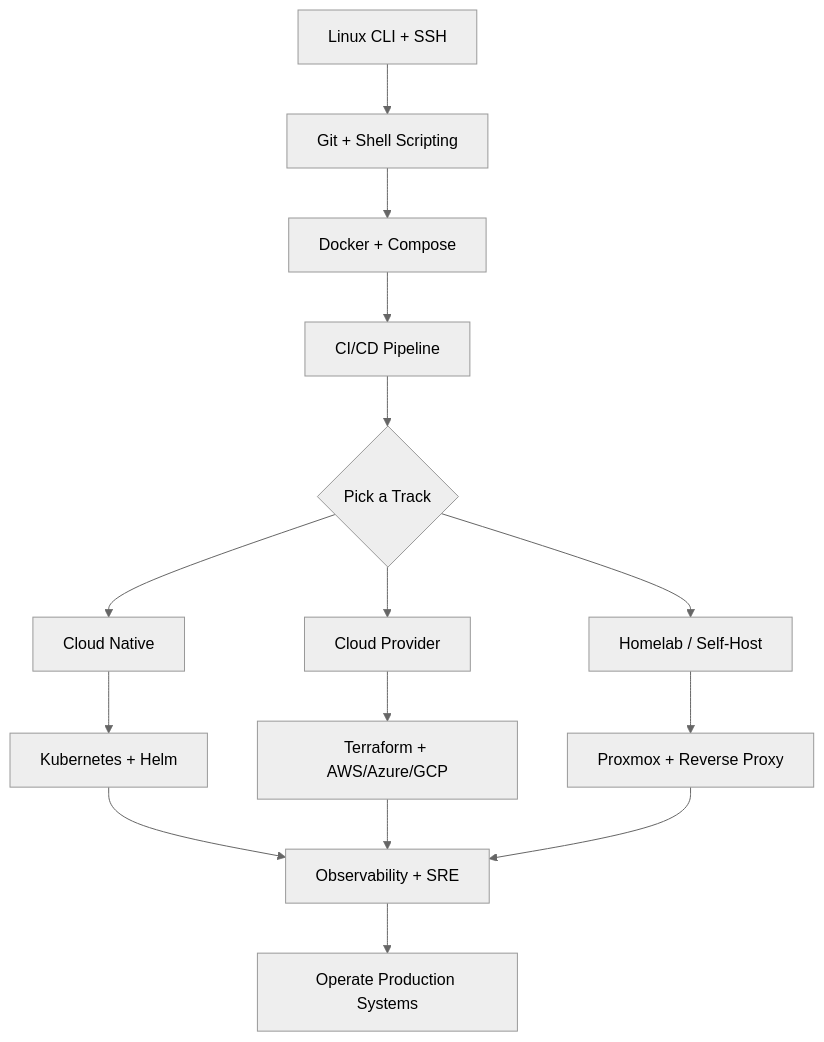
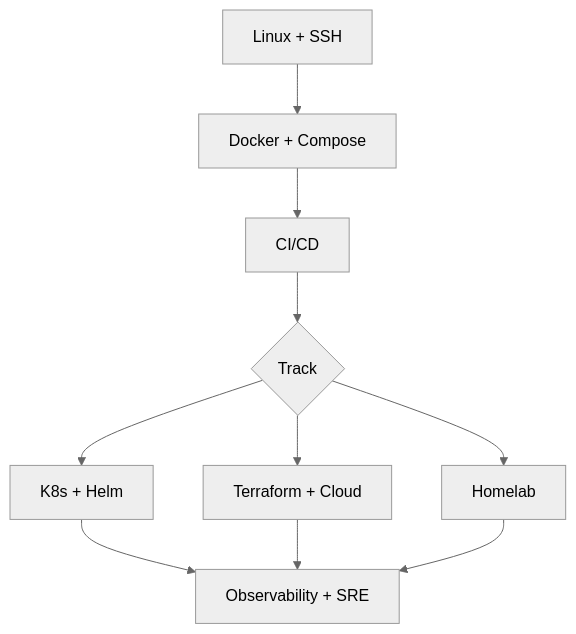
The first of 2 diagrams in README.md (KirtiRamchandani/awesome-devops-cloud), drawn with Mermaid (neutral theme) before and after one commit. The commit also changed other lines of this file, not shown here.

````diff
--- a/README.md
+++ b/README.md
@@ -117,17 +82,12 @@
 ```mermaid
 flowchart TD
-    A[Linux CLI + SSH] --> B[Git + Shell Scripting]
-    B --> C[Docker + Compose]
-    C --> D[CI/CD Pipeline]
-    D --> E{Pick a Track}
-    E --> F[Cloud Native]
-    E --> G[Cloud Provider]
-    E --> H[Homelab / Self-Host]
-    F --> I[Kubernetes + Helm]
-    G --> J[Terraform + AWS/Azure/GCP]
-    H --> K[Proxmox + Reverse Proxy]
-    I --> L[Observability + SRE]
-    J --> L
-    K --> L
-    L --> M[Operate Production Systems]
+    A[Linux + SSH] --> B[Docker + Compose]
+    B --> C[CI/CD]
+    C --> D{Track}
+    D --> E[K8s + Helm]
+    D --> F[Terraform + Cloud]
+    D --> G[Homelab]
+    E --> H[Observability + SRE]
+    F --> H
+    G --> H
 ```
````
